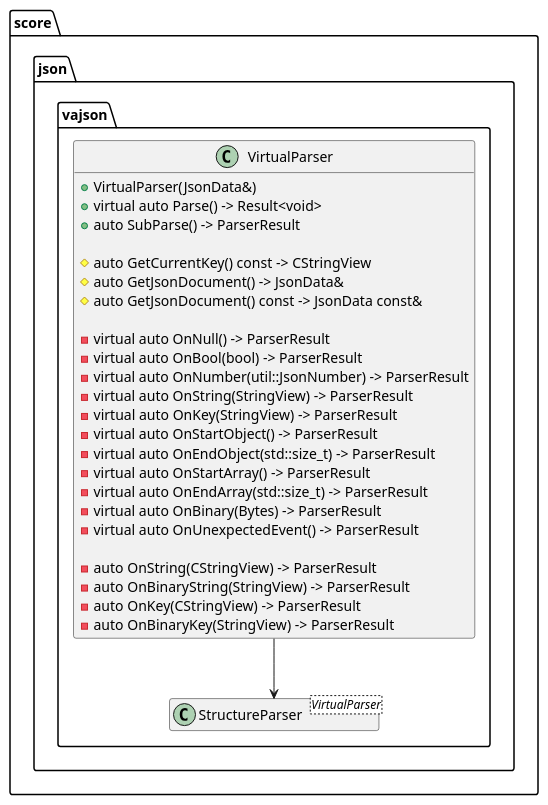
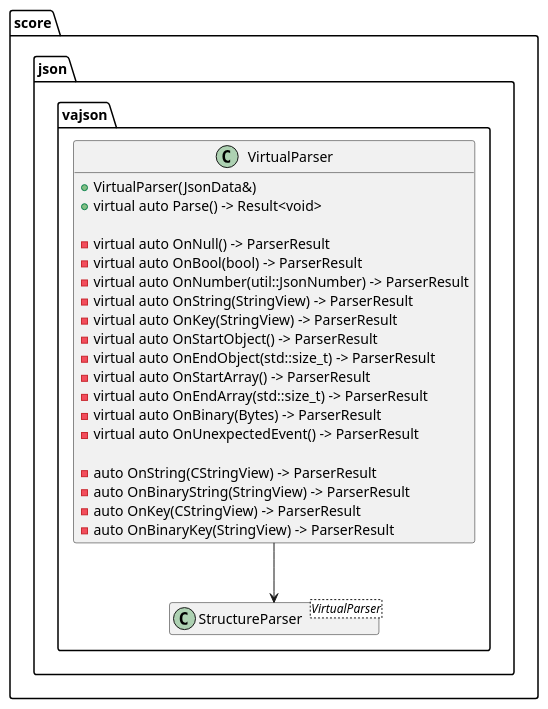
One commit to eclipse-score/baselibs changed the first of 4 diagrams in score/json/docs/vajson/detailed_design/logical/Reader.rst. Above: the diagram before and after it, drawn with PlantUML. The commit also changed other lines of this file and 46 other files, not shown here.

First line of the commit message:
json: reduce vaJson parser to what AnyTreeBuilder uses

```diff
--- a/score/json/docs/vajson/detailed_design/logical/Reader.rst
+++ b/score/json/docs/vajson/detailed_design/logical/Reader.rst
@@ -361,42 +93,37 @@
 .. uml::
 
     @startuml
     hide empty members
 
     package "score" {
       package "json" {
         package "vajson" {
         class VirtualParser {
           + VirtualParser(JsonData&)
           + virtual auto Parse() -> Result<void>
-          + auto SubParse() -> ParserResult
-
-          # auto GetCurrentKey() const -> CStringView
-          # auto GetJsonDocument() -> JsonData&
-          # auto GetJsonDocument() const -> JsonData const&
 
           - virtual auto OnNull() -> ParserResult
           - virtual auto OnBool(bool) -> ParserResult
           - virtual auto OnNumber(util::JsonNumber) -> ParserResult
           - virtual auto OnString(StringView) -> ParserResult
           - virtual auto OnKey(StringView) -> ParserResult
           - virtual auto OnStartObject() -> ParserResult
           - virtual auto OnEndObject(std::size_t) -> ParserResult
           - virtual auto OnStartArray() -> ParserResult
           - virtual auto OnEndArray(std::size_t) -> ParserResult
           - virtual auto OnBinary(Bytes) -> ParserResult
           - virtual auto OnUnexpectedEvent() -> ParserResult
 
           - auto OnString(CStringView) -> ParserResult
           - auto OnBinaryString(StringView) -> ParserResult
           - auto OnKey(CStringView) -> ParserResult
           - auto OnBinaryKey(StringView) -> ParserResult
         }
 
         class StructureParser<VirtualParser>
         }
       }
     }
 
     VirtualParser --> StructureParser
     @enduml
```
